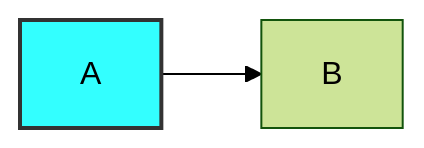
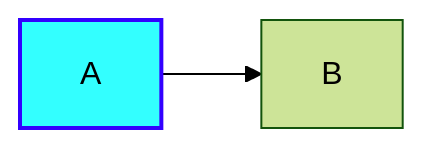
One commit to giorgio-bendoni/giorgio-bendoni.github.io changed the fourth of 4 diagrams in myworkflow.md. Above: the diagram before and after it, drawn with Mermaid (forest theme). The commit also changed other lines of this file, not shown here.

```diff
--- a/myworkflow.md
+++ b/myworkflow.md
@@ -44,5 +43,5 @@
 <div class="mermaid">
 graph LR
     A --> B
-  style A fill:#3ff,stroke:#333,stroke-width:2px
+  style A fill:#3ff,stroke:#30f,stroke-width:2px
 </div>
```
